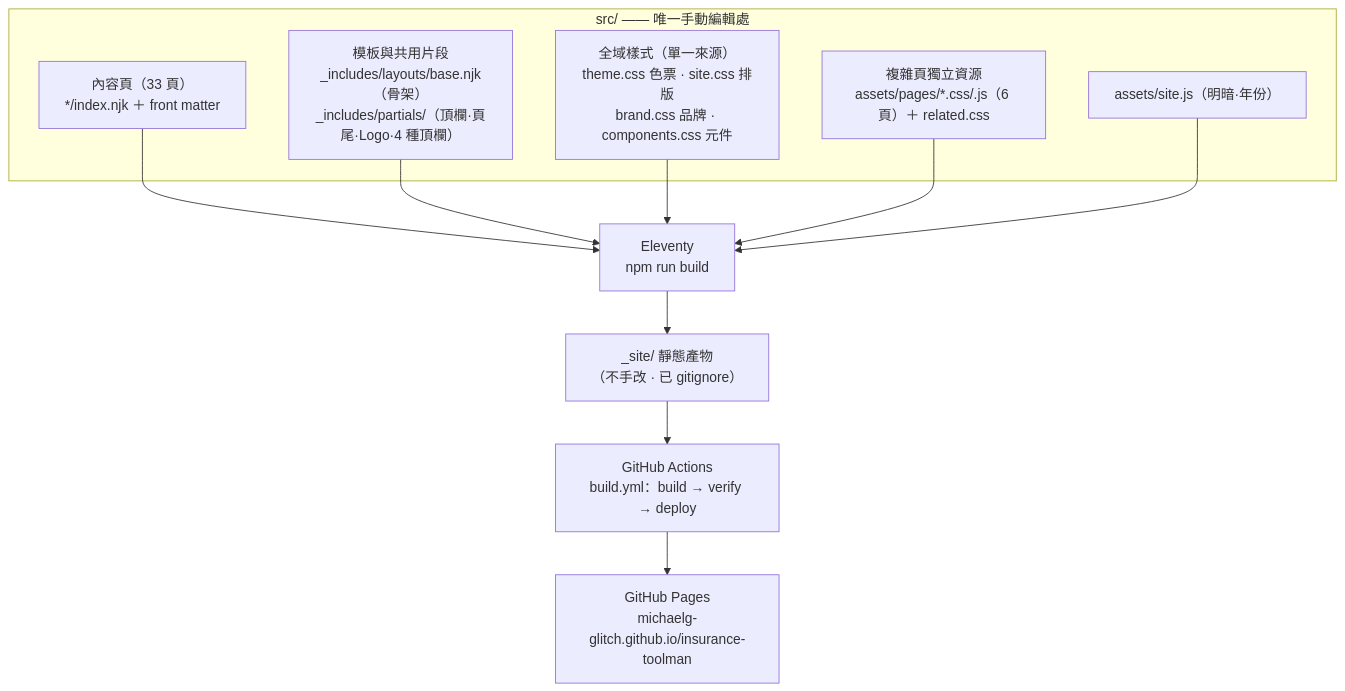
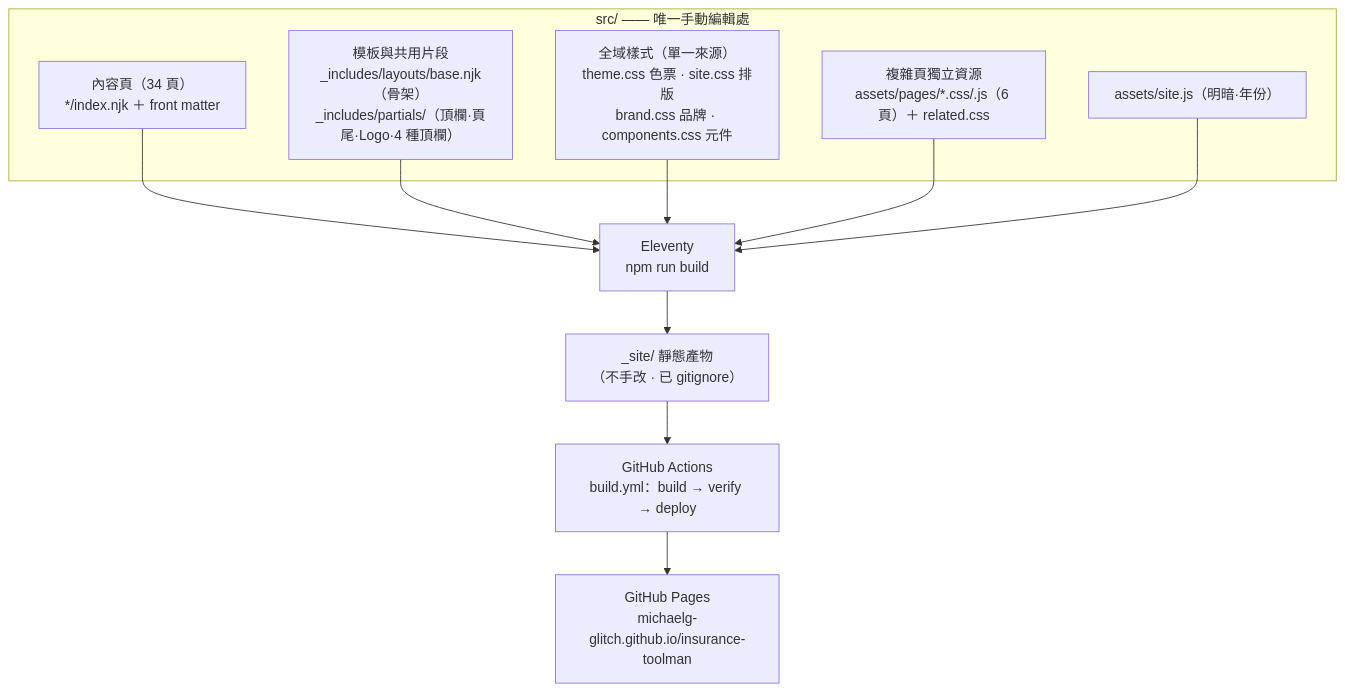
Before and after one commit to MichaelG-glitch/insurance-toolman: the diagram in ARCHITECTURE.md, drawn with Mermaid. The commit also changed other lines of this file and 10 other files, not shown here.

````diff
--- a/ARCHITECTURE.md
+++ b/ARCHITECTURE.md
@@ -54,20 +55,20 @@
 ```mermaid
 flowchart TB
   subgraph src["src/ —— 唯一手動編輯處"]
-    content["內容頁（33 頁）<br/>*/index.njk ＋ front matter"]
+    content["內容頁（34 頁）<br/>*/index.njk ＋ front matter"]
     tmpl["模板與共用片段<br/>_includes/layouts/base.njk（骨架）<br/>_includes/partials/（頂欄·頁尾·Logo·4 種頂欄）"]
     css["全域樣式（單一來源）<br/>theme.css 色票 · site.css 排版<br/>brand.css 品牌 · components.css 元件"]
     pagecss["複雜頁獨立資源<br/>assets/pages/*.css/.js（6 頁）＋ related.css"]
     js["assets/site.js（明暗·年份）"]
   end
   build["Eleventy<br/>npm run build"]
   out["_site/ 靜態產物<br/>（不手改 · 已 gitignore）"]
   ci["GitHub Actions<br/>build.yml：build → verify → deploy"]
   live["GitHub Pages<br/>michaelg-glitch.github.io/insurance-toolman"]
   content --> build
   tmpl --> build
   css --> build
   pagecss --> build
   js --> build
   build --> out --> ci --> live
 ```
````
